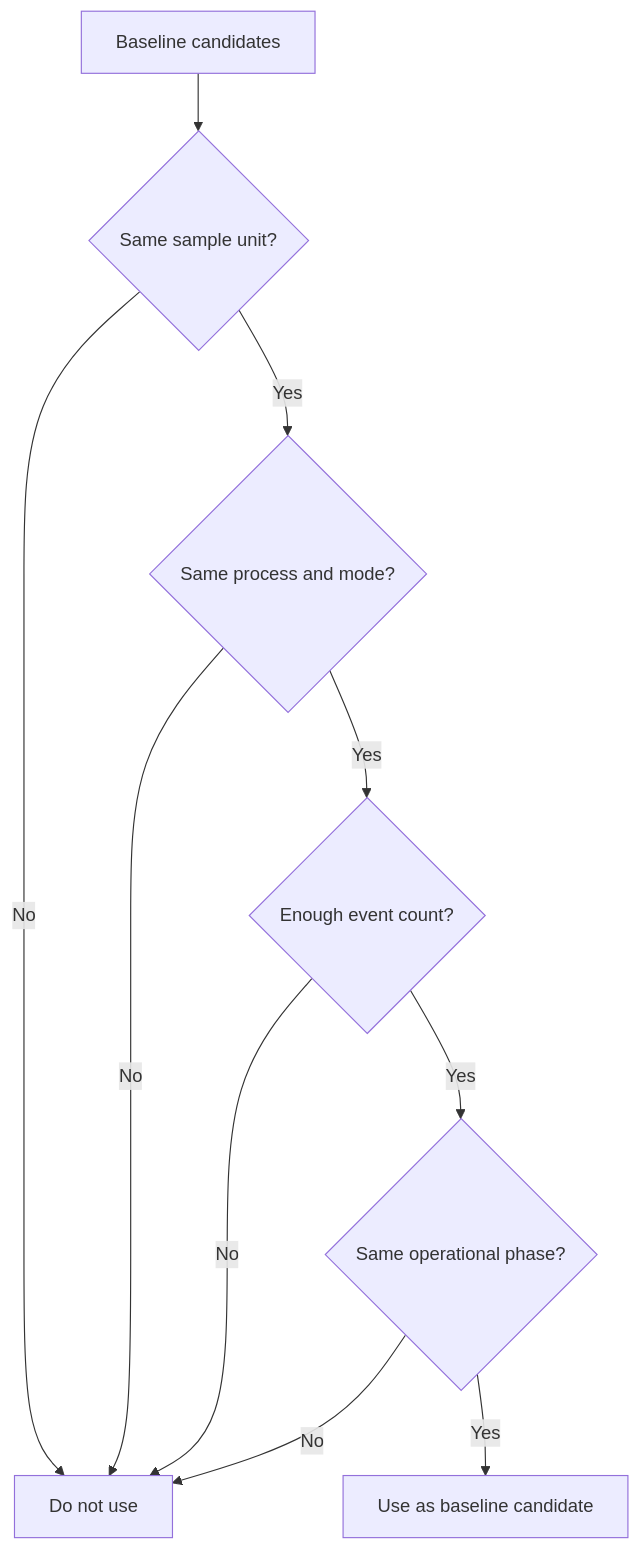
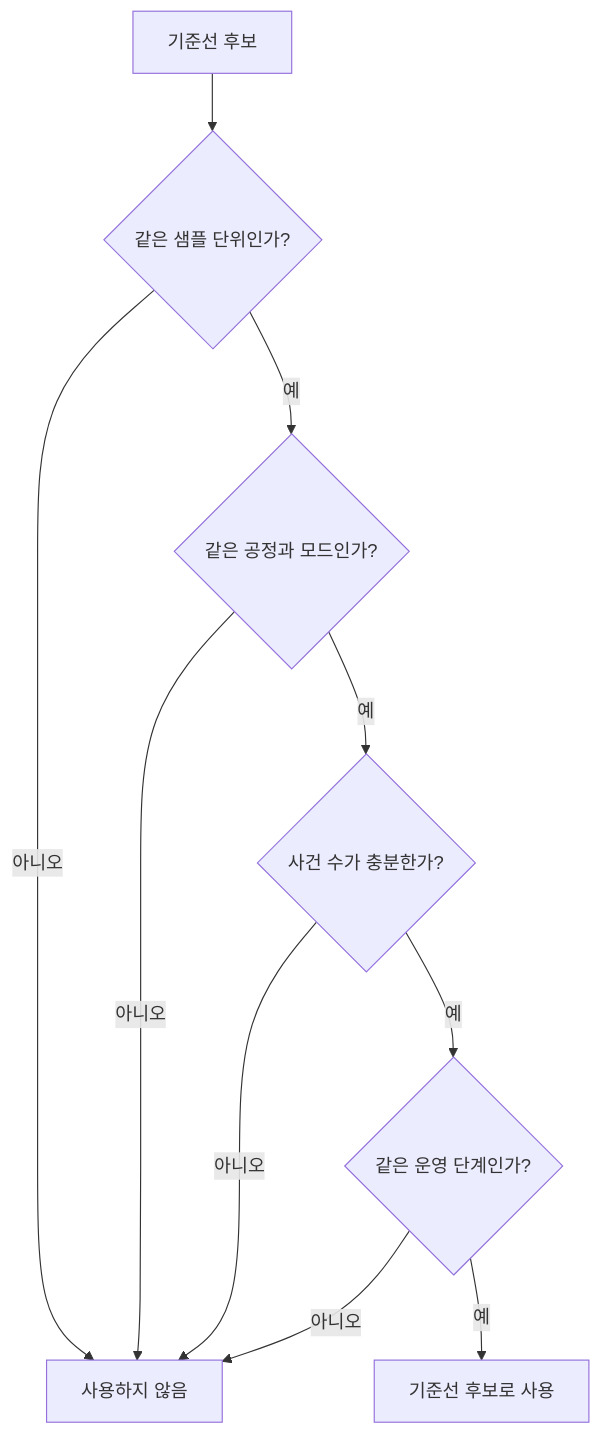
The diagram in docs/parts/part-03/chapter-07/section-04.md (devchan64/AiBook), drawn with Mermaid before and after one commit. The commit also changed 45 other files, not shown here.

Commit message:
docs: localize part 3 mermaid diagrams

````diff
--- a/docs/parts/part-03/chapter-07/section-04.md
+++ b/docs/parts/part-03/chapter-07/section-04.md
@@ -67,13 +67,12 @@
 ```mermaid
 flowchart TD
-    A[Baseline candidates]
-    A --> B{Same sample unit?}
-    B -->|No| X[Do not use]
-    B -->|Yes| C{Same process and mode?}
-    C -->|No| X
-    C -->|Yes| D{Enough event count?}
-    D -->|No| X
-    D -->|Yes| E{Same operational phase?}
-    E -->|No| X
-    E -->|Yes| F[Use as baseline candidate]
+    A[기준선 후보] --> B{같은 샘플 단위인가?}
+    B -->|아니오| X[사용하지 않음]
+    B -->|예| C{같은 공정과 모드인가?}
+    C -->|아니오| X
+    C -->|예| D{사건 수가 충분한가?}
+    D -->|아니오| X
+    D -->|예| E{같은 운영 단계인가?}
+    E -->|아니오| X
+    E -->|예| F[기준선 후보로 사용]
 ```
````
